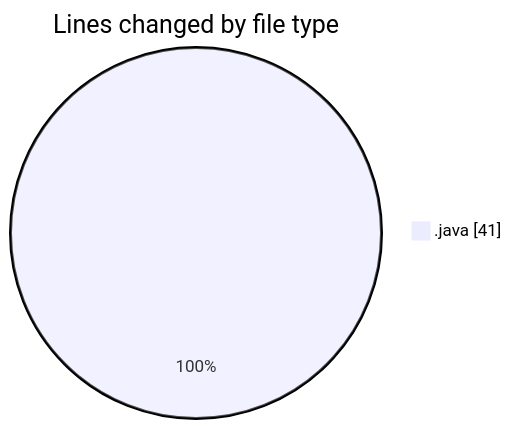
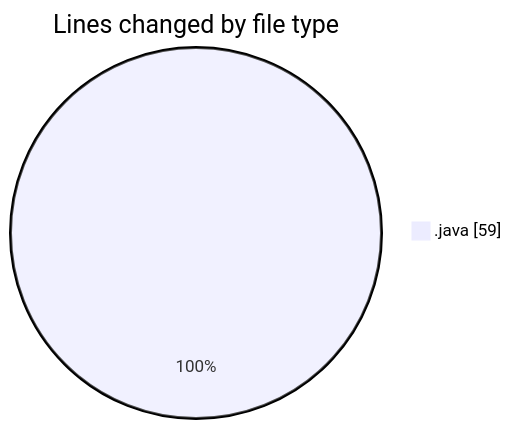
The first of 2 diagrams in 2025-02-12/oopstartfiles/README.md (NitaiMahat/code-tracking), drawn with Mermaid before and after one commit. The commit also changed other lines of this file and 1 other file, not shown here.

````diff
--- a/2025-02-12/oopstartfiles/README.md
+++ b/2025-02-12/oopstartfiles/README.md
@@ -20,5 +21,5 @@
 ```mermaid
 pie showData
 title Lines changed by file type
-".java" : 41
+".java" : 59
 ```
````
